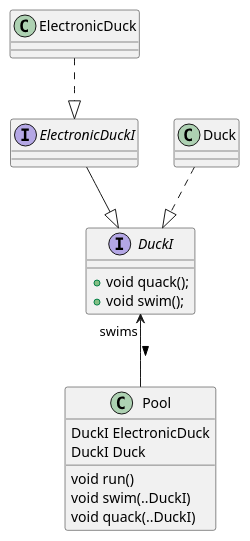
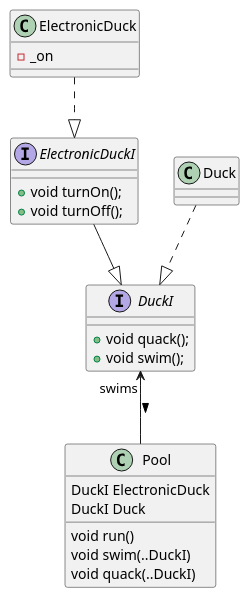
The diagram in LSP/src/com/directi/training/lsp/exercise/diagram.puml (MohamedBoutaieb/solid-lab1), drawn with PlantUML before and after one commit. The commit also changed 9 other files, not shown here.

```diff
--- a/LSP/src/com/directi/training/lsp/exercise/diagram.puml
+++ b/LSP/src/com/directi/training/lsp/exercise/diagram.puml
@@ -1,15 +1,18 @@
 @startuml
 interface DuckI
 DuckI :   +void quack();
 DuckI  :  +void swim();
 interface ElectronicDuckI
+ElectronicDuckI : +void turnOn();
+ElectronicDuckI : +void turnOff();
 Duck ..|>  DuckI
 ElectronicDuckI --|>DuckI
+ElectronicDuck : -_on
 ElectronicDuck ..|> ElectronicDuckI
 DuckI<--Pool : "swims">
 Pool : void run()
 Pool : void swim(..DuckI)
 Pool : void quack(..DuckI)
 Pool : DuckI ElectronicDuck
 Pool : DuckI Duck
 @enduml
```
